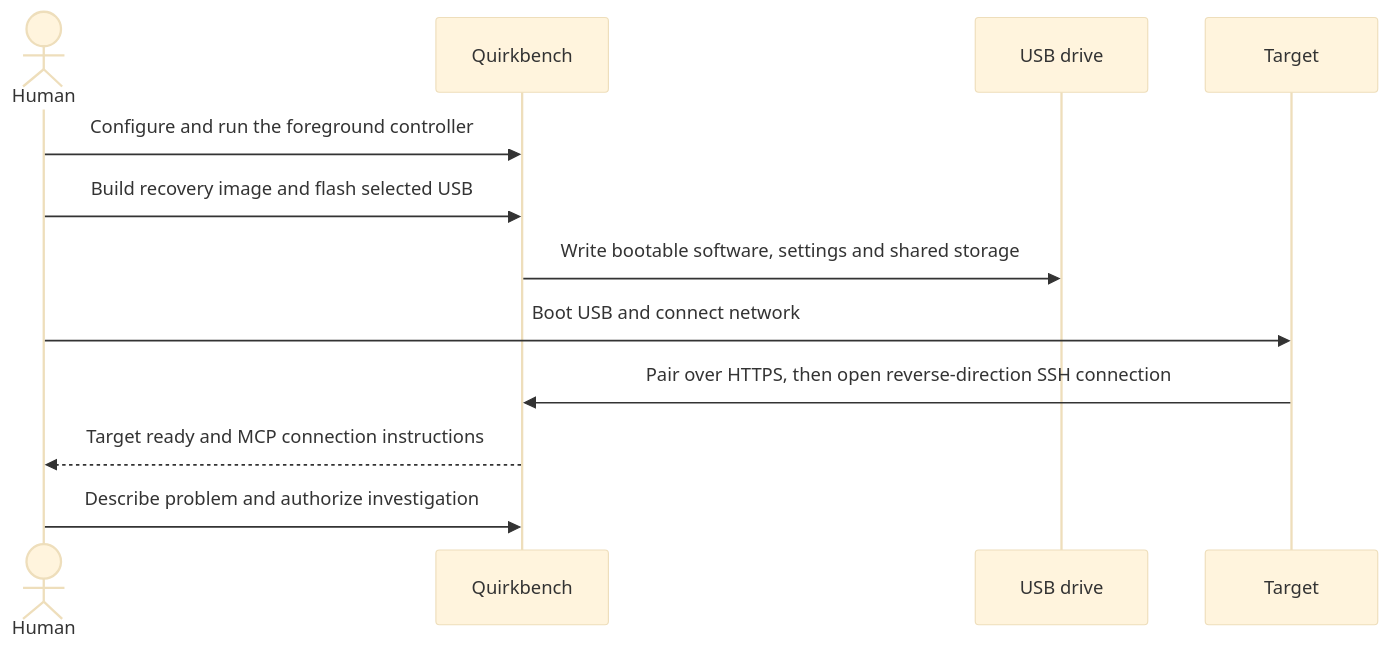
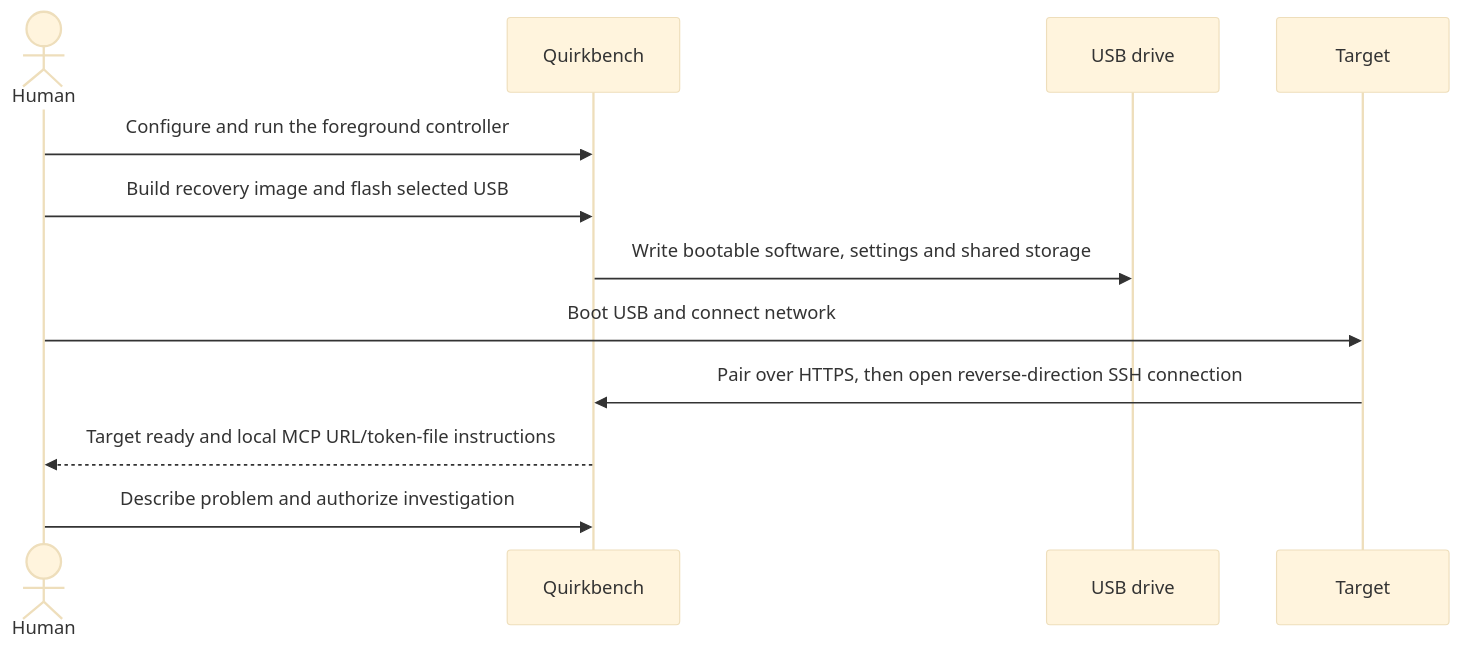
The first of 3 diagrams in docs/designs/component-sequence.md (esper256/quirkbench), drawn with Mermaid (base theme) before and after one commit. The commit also changed other lines of this file and 14 other files, not shown here.

````diff
--- a/docs/designs/component-sequence.md
+++ b/docs/designs/component-sequence.md
@@ -11,14 +11,14 @@
 ```mermaid
 sequenceDiagram
     actor Human
     participant Quirkbench
     participant USB as USB drive
     participant Target
     Human->>Quirkbench: Configure and run the foreground controller
     Human->>Quirkbench: Build recovery image and flash selected USB
     Quirkbench->>USB: Write bootable software, settings and shared storage
     Human->>Target: Boot USB and connect network
     Target->>Quirkbench: Pair over HTTPS, then open reverse-direction SSH connection
-    Quirkbench-->>Human: Target ready and MCP connection instructions
+    Quirkbench-->>Human: Target ready and local MCP URL/token-file instructions
     Human->>Quirkbench: Describe problem and authorize investigation
 ```
````
